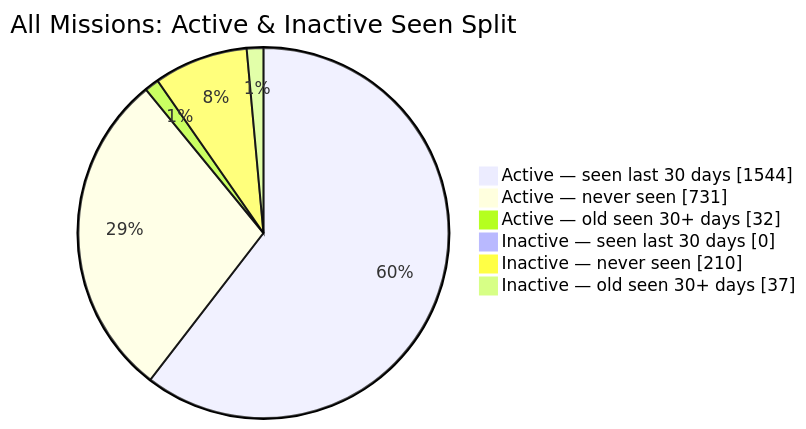
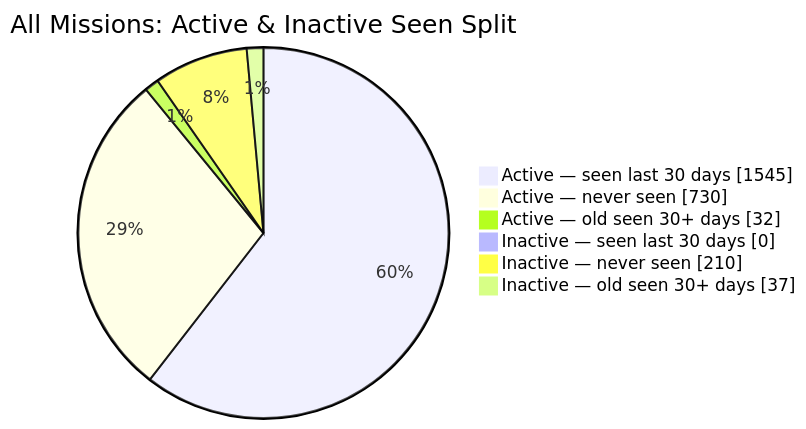
Before and after one commit to MeldkamerspelGameTeam/active-missions: the second of 2 diagrams in README.md, drawn with Mermaid. The commit also changed other lines of this file and 2 other files, not shown here.

````diff
--- a/README.md
+++ b/README.md
@@ -44,10 +44,10 @@
 ```mermaid
 pie showData
     title All Missions: Active & Inactive Seen Split
-    "Active — seen last 30 days" : 1544
-    "Active — never seen" : 731
+    "Active — seen last 30 days" : 1545
+    "Active — never seen" : 730
     "Active — old seen 30+ days" : 32
     "Inactive — seen last 30 days" : 0
     "Inactive — never seen" : 210
     "Inactive — old seen 30+ days" : 37
 ```
````
